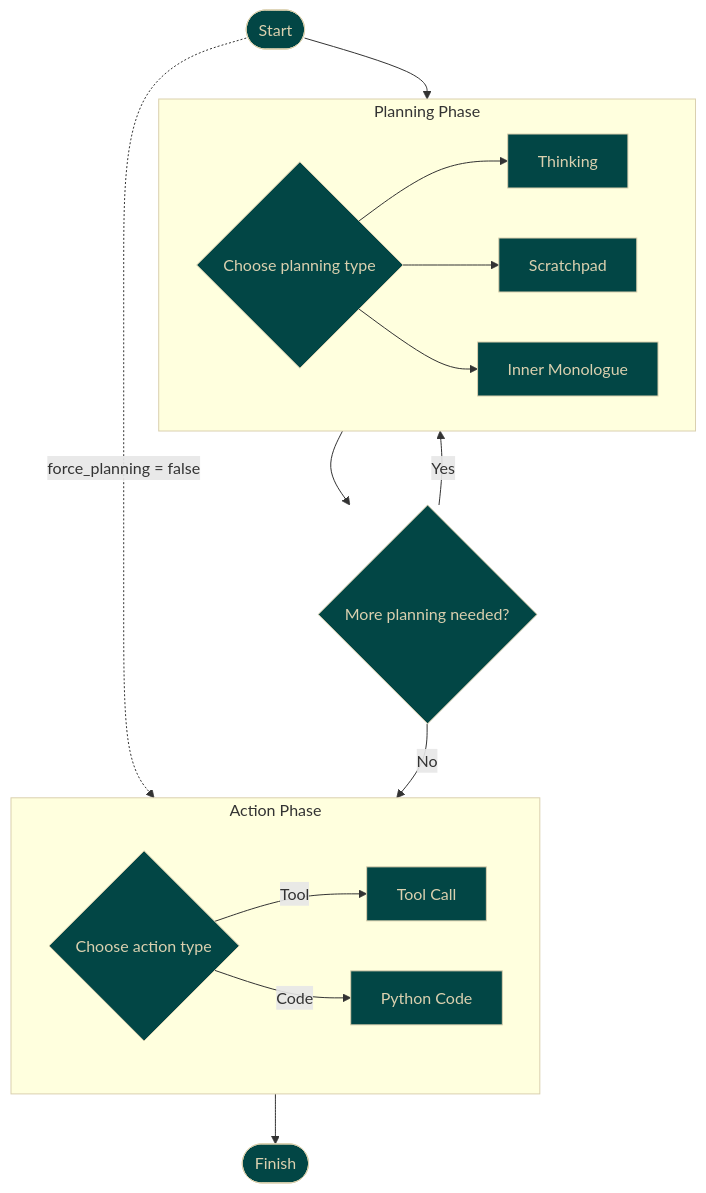
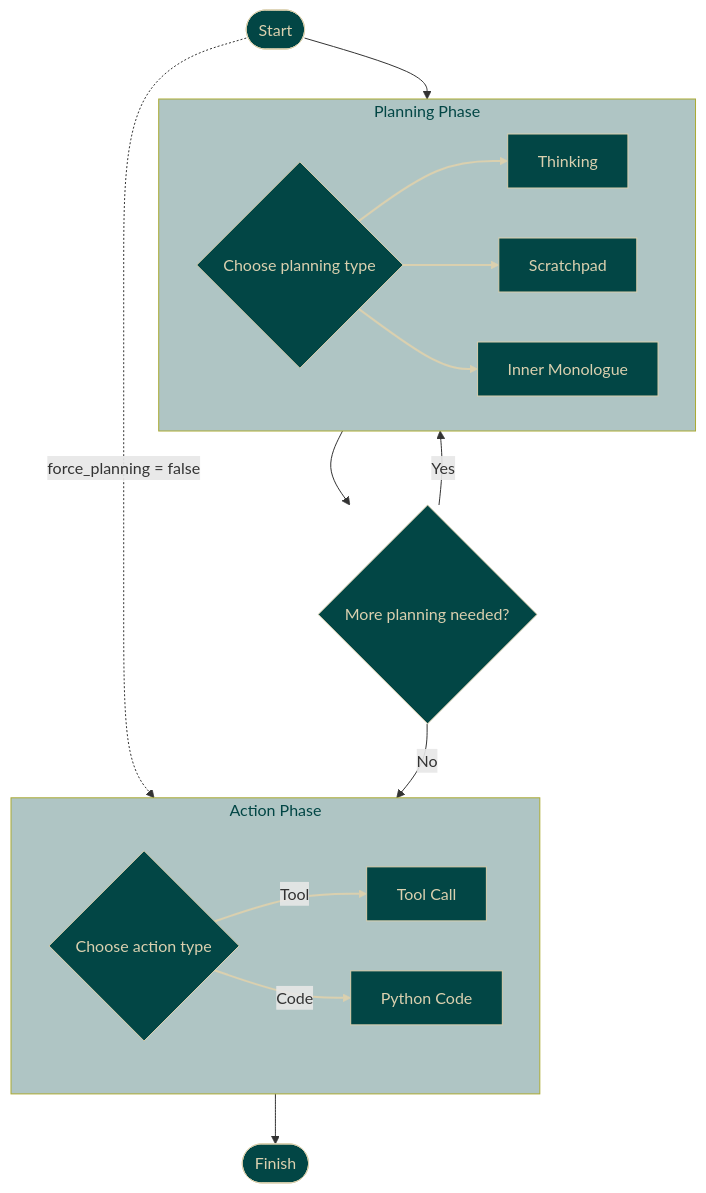
The diagram in pba-docs/docs/index.md (TheProxyCompany/proxy-technical-docs), drawn with Mermaid before and after one commit. The commit also changed 4 other files, not shown here.

````diff
--- a/pba-docs/docs/index.md
+++ b/pba-docs/docs/index.md
@@ -17,42 +17,43 @@
 ```mermaid
 flowchart TD
     Start([Start]) --> Plan
     Start -. force_planning = false .-> Action
 
     subgraph Plan["Planning Phase"]
         PlanningChoice{"Choose planning type"}
         Thinking["Thinking"]
         Scratchpad["Scratchpad"]
         InnerMonologue["Inner Monologue"]
 
         PlanningChoice --> Thinking
         PlanningChoice --> Scratchpad
         PlanningChoice --> InnerMonologue
     end
 
     subgraph Action["Action Phase"]
         ActionChoice{"Choose action type"}
         ToolAction["Tool Call"]
         CodeAction["Python Code"]
 
         ActionChoice -- "Tool" --> ToolAction
         ActionChoice -- "Code" --> CodeAction
     end
 
     Plan --> PlanLoop{"More planning needed?"}
     PlanLoop -- "Yes" --> Plan
     PlanLoop -- "No" --> Action
 
     Action --> Finish([Finish])
 
-    classDef phase stroke:#DAD0AF,border-color:#DAD0AF
+    linkStyle 2,3,4,5,6 stroke:#DAD0AF,stroke-width:2px;
+    classDef phase fill:#02464550, border-color:#DAD0AF, color:#024645
     classDef decision fill:#024645,stroke:#DAD0AF,color:#DAD0AF,border-color:#DAD0AF,shape:diamond
     classDef state fill:#024645,stroke:#DAD0AF,color:#DAD0AF,border-color:#DAD0AF
     classDef terminal fill:#024645,stroke:#DAD0AF,color:#DAD0AF,border-color:#DAD0AF,shape:stadium
 
     class Plan,Action phase
     class PlanLoop,ActionChoice,StepCheck decision
     class PlanningChoice,Thinking,Scratchpad,InnerMonologue state
     class ToolAction,CodeAction state
     class Start,Finish terminal
 ```
````
